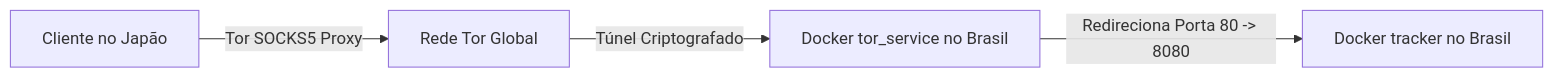
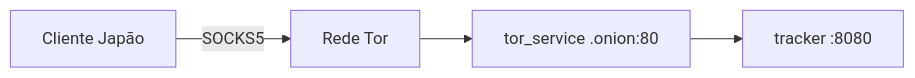
Before and after one commit to AlLibrary-Libertarian-knowledge/DesktopApp_AlLibrary: the diagram in docs/CONECTIVIDADE_GLOBAL.md, drawn with Mermaid. The commit also changed other lines of this file and 17 other files, not shown here.

First line of the commit message:
docs: align P2P architecture docs with current stack and add integration plan

````diff
--- a/docs/CONECTIVIDADE_GLOBAL.md
+++ b/docs/CONECTIVIDADE_GLOBAL.md
@@ -30,6 +32,6 @@
 ```mermaid
 graph LR
-    JapanNode[Cliente no Japão] -->|Tor SOCKS5 Proxy| TorNetwork[Rede Tor Global]
-    TorNetwork -->|Túnel Criptografado| BrazilTor[Docker tor_service no Brasil]
-    BrazilTor -->|Redireciona Porta 80 -> 8080| BrazilTracker[Docker tracker no Brasil]
+    JP[Cliente Japão] -->|SOCKS5| Tor[Rede Tor]
+    Tor --> BR_HS[tor_service .onion:80]
+    BR_HS --> Tracker[tracker :8080]
 ```
````
